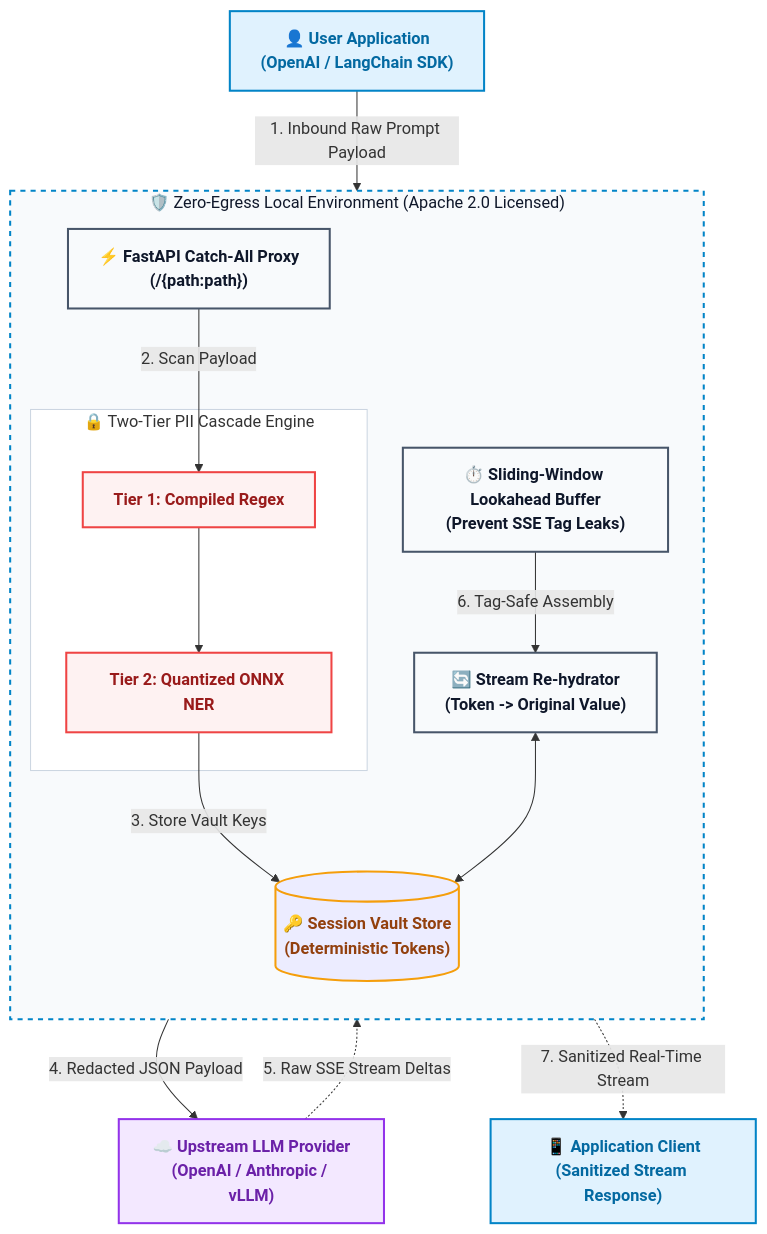
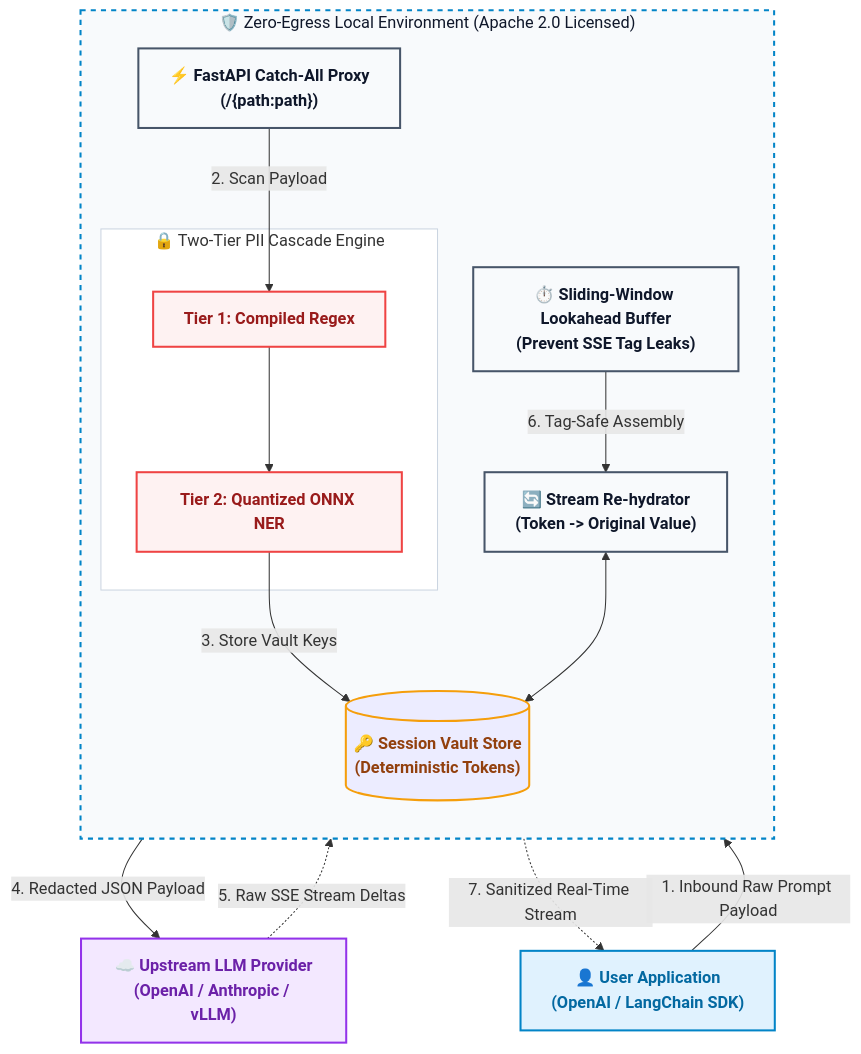
The diagram in README.md (ninadphalak/LLM-Shield-Proxy), drawn with Mermaid before and after one commit.

Commit message:
docs: restore single User Application node for step 1 and step 7 in Mermaid diagram

````diff
--- a/README.md
+++ b/README.md
@@ -17,43 +17,41 @@
 ```mermaid
 flowchart TD
     classDef client fill:#e0f2fe,stroke:#0284c7,stroke-width:2px,color:#0369a1,font-weight:bold;
     classDef proxyEngine fill:#f8fafc,stroke:#475569,stroke-width:2px,color:#0f172a,font-weight:bold;
     classDef piiSecurity fill:#fef2f2,stroke:#ef4444,stroke-width:2px,color:#991b1b,font-weight:bold;
     classDef vault fill:#fffbebe,stroke:#f59e0b,stroke-width:2px,color:#92400e,font-weight:bold;
     classDef upstream fill:#f3e8ff,stroke:#9333ea,stroke-width:2px,color:#6b21a8,font-weight:bold;
 
     UserApp["👤 User Application\n(OpenAI / LangChain SDK)"]:::client
 
     subgraph SecurityMoat ["🛡️ Zero-Egress Local Environment (Apache 2.0 Licensed)"]
         direction TD
         FastAPIProxy["⚡ FastAPI Catch-All Proxy\n(/{path:path})"]:::proxyEngine
 
         subgraph CascadeEngine ["🔒 Two-Tier PII Cascade Engine"]
             Tier1["Tier 1: Compiled Regex"]:::piiSecurity
             Tier2["Tier 2: Quantized ONNX NER"]:::piiSecurity
             Tier1 --> Tier2
         end
 
         VaultStore[("🔑 Session Vault Store\n(Deterministic Tokens)")]:::vault
         LookaheadBuffer["⏱️ Sliding-Window Lookahead Buffer\n(Prevent SSE Tag Leaks)"]:::proxyEngine
         Rehydrator["🔄 Stream Re-hydrator\n(Token -> Original Value)"]:::proxyEngine
     end
 
     UpstreamLLM["☁️ Upstream LLM Provider\n(OpenAI / Anthropic / vLLM)"]:::upstream
-    UserStreamResponse["📱 Application Client\n(Sanitized Stream Response)"]:::client
-
     %% Inbound Flow (Prompt Sanitization)
     UserApp -- "1. Inbound Raw Prompt Payload" --> FastAPIProxy
     FastAPIProxy -- "2. Scan Payload" --> Tier1
     Tier2 -- "3. Store Vault Keys" --> VaultStore
     Tier2 -- "4. Redacted JSON Payload" --> UpstreamLLM
 
     %% Outbound Flow (Streaming De-redaction)
     UpstreamLLM -. "5. Raw SSE Stream Deltas" .-> LookaheadBuffer
     LookaheadBuffer -- "6. Tag-Safe Assembly" --> Rehydrator
     Rehydrator <--> VaultStore
-    Rehydrator -. "7. Sanitized Real-Time Stream" .-> UserStreamResponse
+    Rehydrator -. "7. Sanitized Real-Time Stream" .-> UserApp
 
     style SecurityMoat fill:#f8fafc,stroke:#0284c7,stroke-width:2px,stroke-dasharray: 5 5,color:#0f172a
     style CascadeEngine fill:#ffffff,stroke:#cbd5e1,stroke-width:1px
 ```
````
